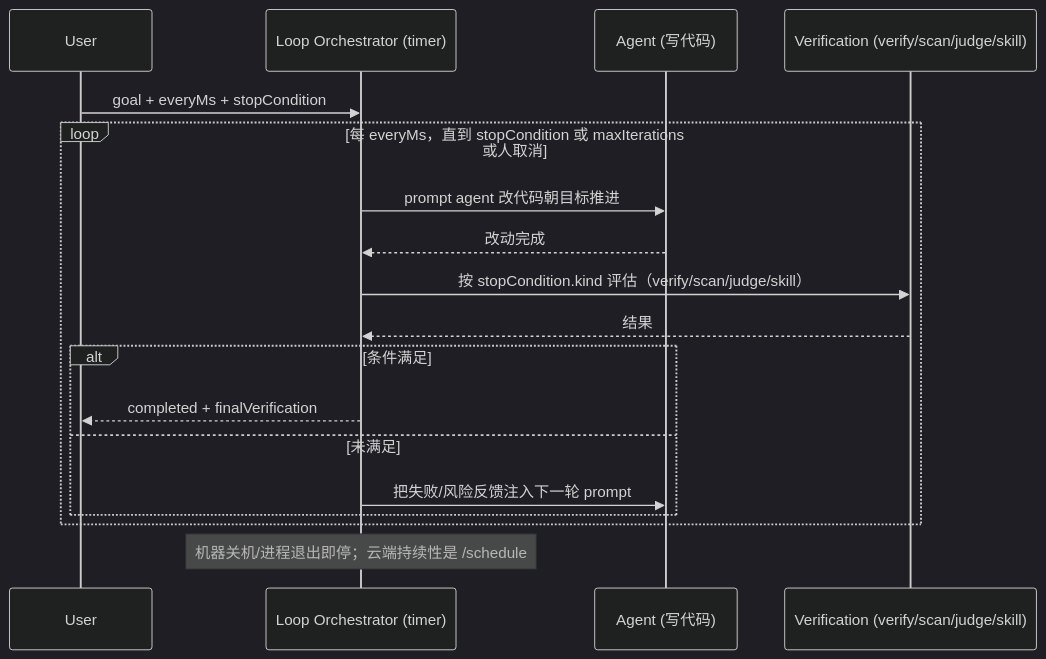
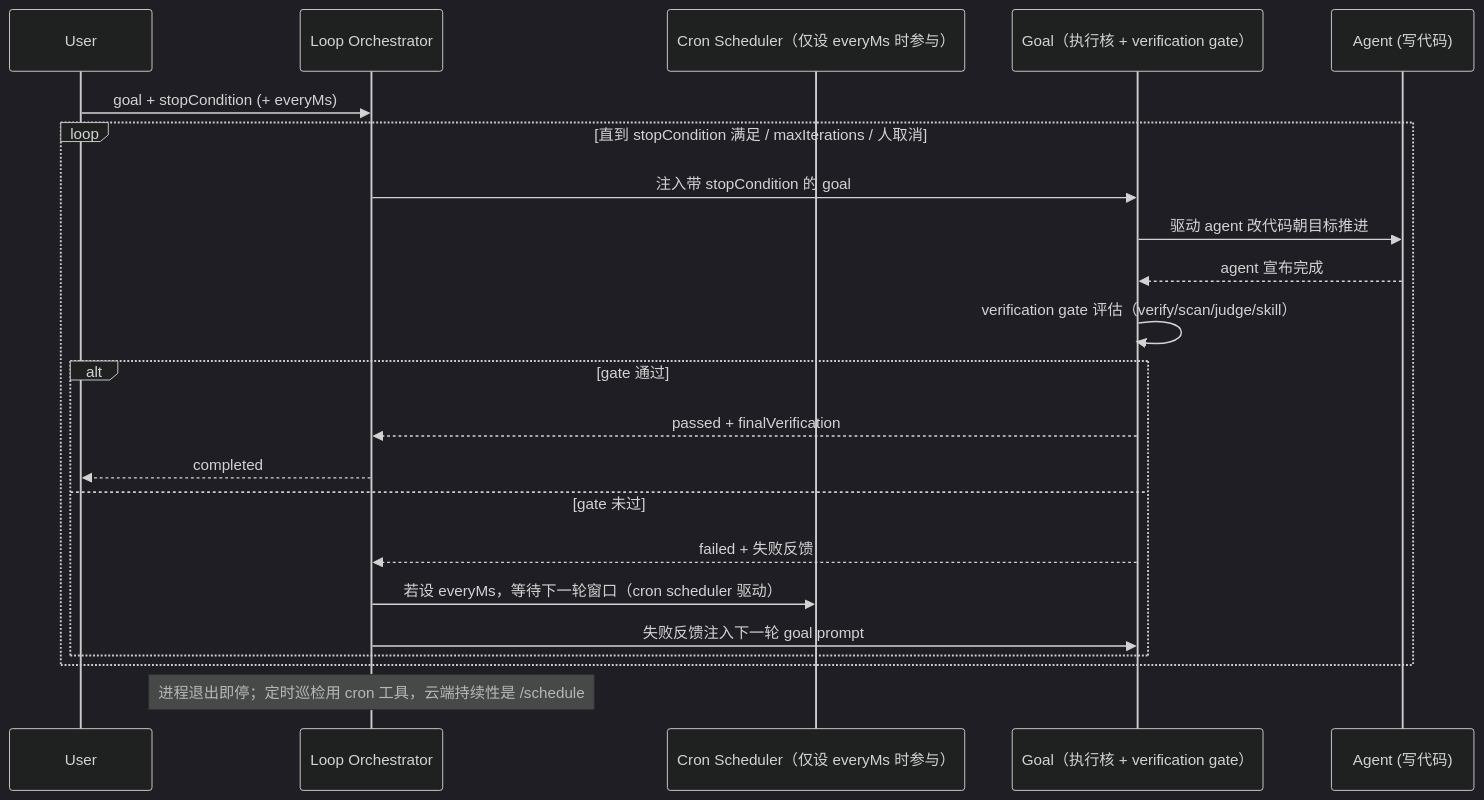
One commit to wukong-code/wukong_cli changed the third of 4 diagrams in docs/tech/commercial-refactor-implementation.md. Above: the diagram before and after it, drawn with Mermaid (dark theme). The commit also changed other lines of this file and 7 other files, not shown here.

````diff
--- a/docs/tech/commercial-refactor-implementation.md
+++ b/docs/tech/commercial-refactor-implementation.md
@@ -704,21 +727,25 @@
 ```mermaid
 sequenceDiagram
   participant U as User
-  participant L as Loop Orchestrator (timer)
+  participant L as Loop Orchestrator
+  participant C as Cron Scheduler（仅设 everyMs 时参与）
+  participant G as Goal（执行核 + verification gate）
   participant A as Agent (写代码)
-  participant V as Verification (verify/scan/judge/skill)
 
-  U->>L: goal + everyMs + stopCondition
-  loop 每 everyMs，直到 stopCondition 或 maxIterations 或人取消
-    L->>A: prompt agent 改代码朝目标推进
-    A-->>L: 改动完成
-    L->>V: 按 stopCondition.kind 评估（verify/scan/judge/skill）
-    V-->>L: 结果
-    alt 条件满足
-      L-->>U: completed + finalVerification
-    else 未满足
-      L->>A: 把失败/风险反馈注入下一轮 prompt
+  U->>L: goal + stopCondition (+ everyMs)
+  loop 直到 stopCondition 满足 / maxIterations / 人取消
+    L->>G: 注入带 stopCondition 的 goal
+    G->>A: 驱动 agent 改代码朝目标推进
+    A-->>G: agent 宣布完成
+    G->>G: verification gate 评估（verify/scan/judge/skill）
+    alt gate 通过
+      G-->>L: passed + finalVerification
+      L-->>U: completed
+    else gate 未过
+      G-->>L: failed + 失败反馈
+      L->>C: 若设 everyMs，等待下一轮窗口（cron scheduler 驱动）
+      L->>G: 失败反馈注入下一轮 goal prompt
     end
   end
-  note over L: 机器关机/进程退出即停；云端持续性是 /schedule
+  note over L: 进程退出即停；定时巡检用 cron 工具，云端持续性是 /schedule
 ```
````
